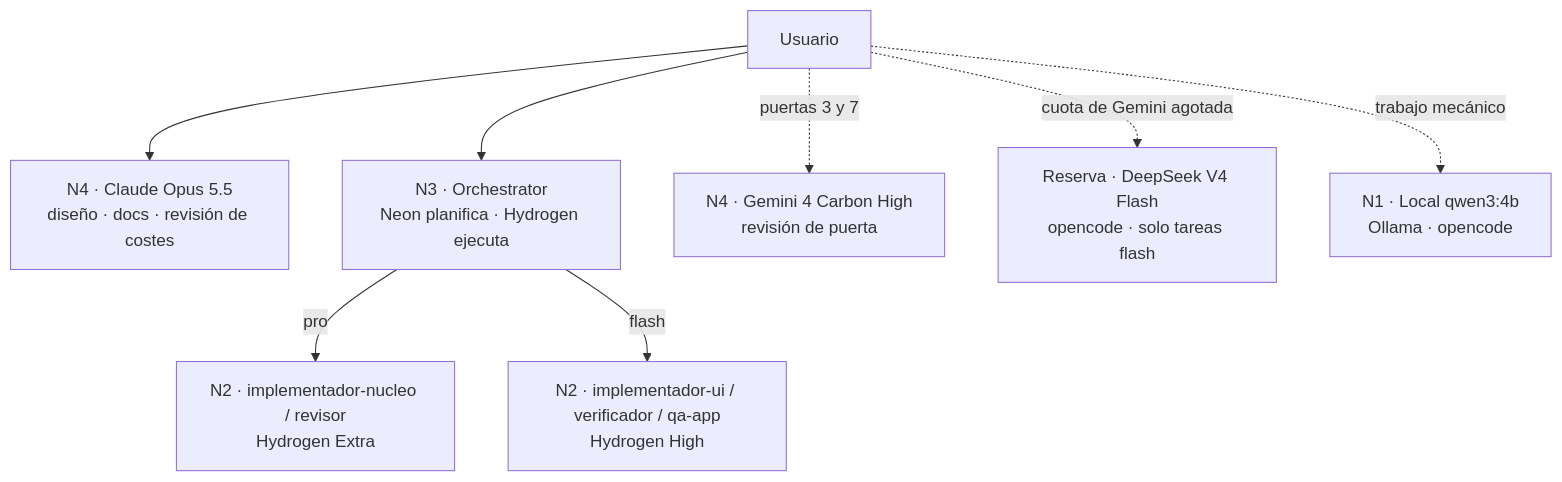
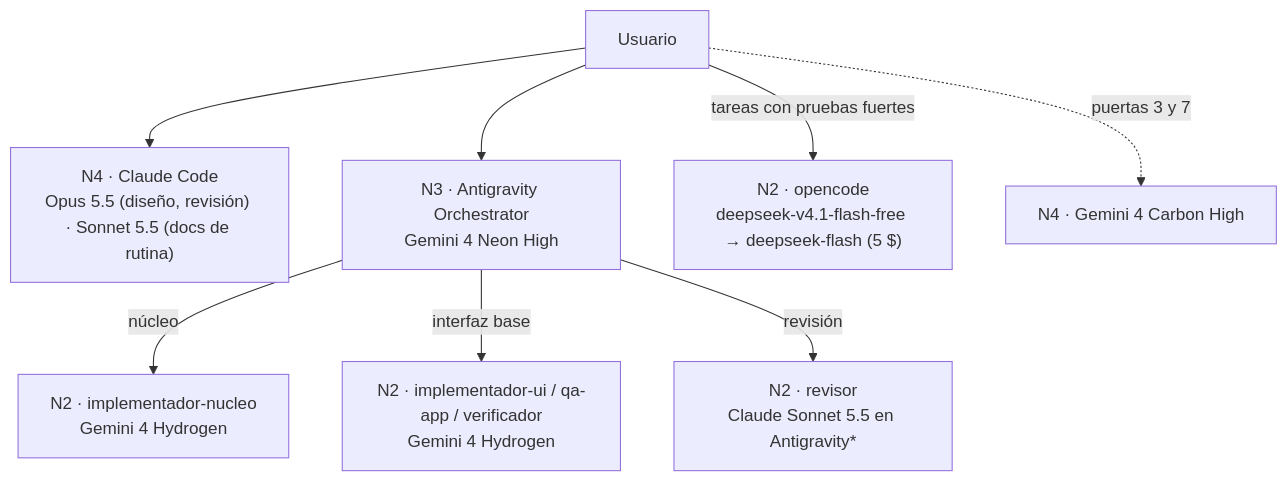
One commit to brandonC-developer/Alpha changed the diagram in docs/02-agentes-y-modelos.md. Above: the diagram before and after it, drawn with Mermaid. The commit also changed other lines of this file and 22 other files, not shown here.

````diff
--- a/docs/02-agentes-y-modelos.md
+++ b/docs/02-agentes-y-modelos.md
@@ -15,10 +14,10 @@
 ```mermaid
 flowchart TB
-  U[Usuario] --> N4C["N4 · Claude Opus 5.5<br/>diseño · docs · revisión de costes"]
-  U --> N3["N3 · Orchestrator<br/>Neon planifica · Hydrogen ejecuta"]
-  N3 -->|pro| N2P["N2 · implementador-nucleo / revisor<br/>Hydrogen Extra"]
-  N3 -->|flash| N2F["N2 · implementador-ui / verificador / qa-app<br/>Hydrogen High"]
-  U -.->|puertas 3 y 7| N4G["N4 · Gemini 4 Carbon High<br/>revisión de puerta"]
-  U -.->|cuota de Gemini agotada| R["Reserva · DeepSeek V4 Flash<br/>opencode · solo tareas flash"]
-  U -.->|trabajo mecánico| N1["N1 · Local qwen3:4b<br/>Ollama · opencode"]
+  U[Usuario] --> N4C["N4 · Claude Code<br/>Opus 5.5 (diseño, revisión) · Sonnet 5.5 (docs de rutina)"]
+  U --> N3["N3 · Antigravity Orchestrator<br/>Gemini 4 Neon High"]
+  N3 -->|núcleo| N2A["N2 · implementador-nucleo<br/>Gemini 4 Hydrogen"]
+  N3 -->|interfaz base| N2U["N2 · implementador-ui / qa-app / verificador<br/>Gemini 4 Hydrogen"]
+  N3 -->|revisión| RV["N2 · revisor<br/>Claude Sonnet 5.5 en Antigravity*"]
+  U -->|tareas con pruebas fuertes| OC["N2 · opencode<br/>deepseek-v4.1-flash-free → deepseek-flash (5 $)"]
+  U -.->|puertas 3 y 7| N4G["N4 · Gemini 4 Carbon High"]
 ```
````
